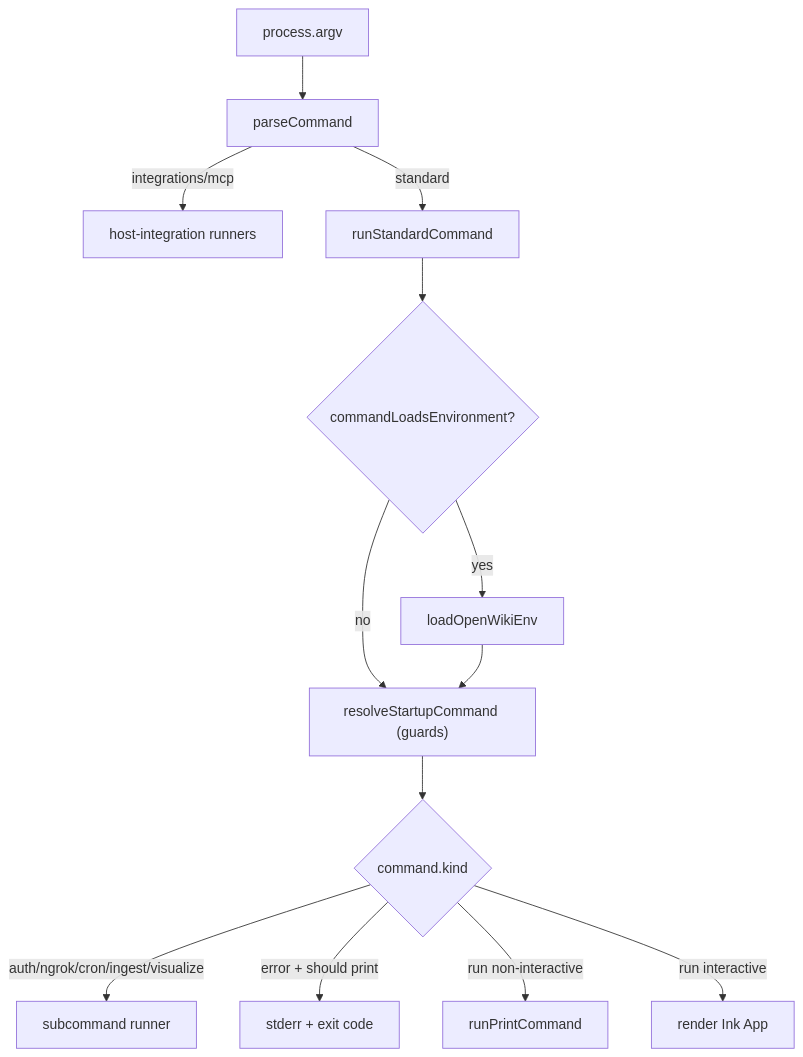
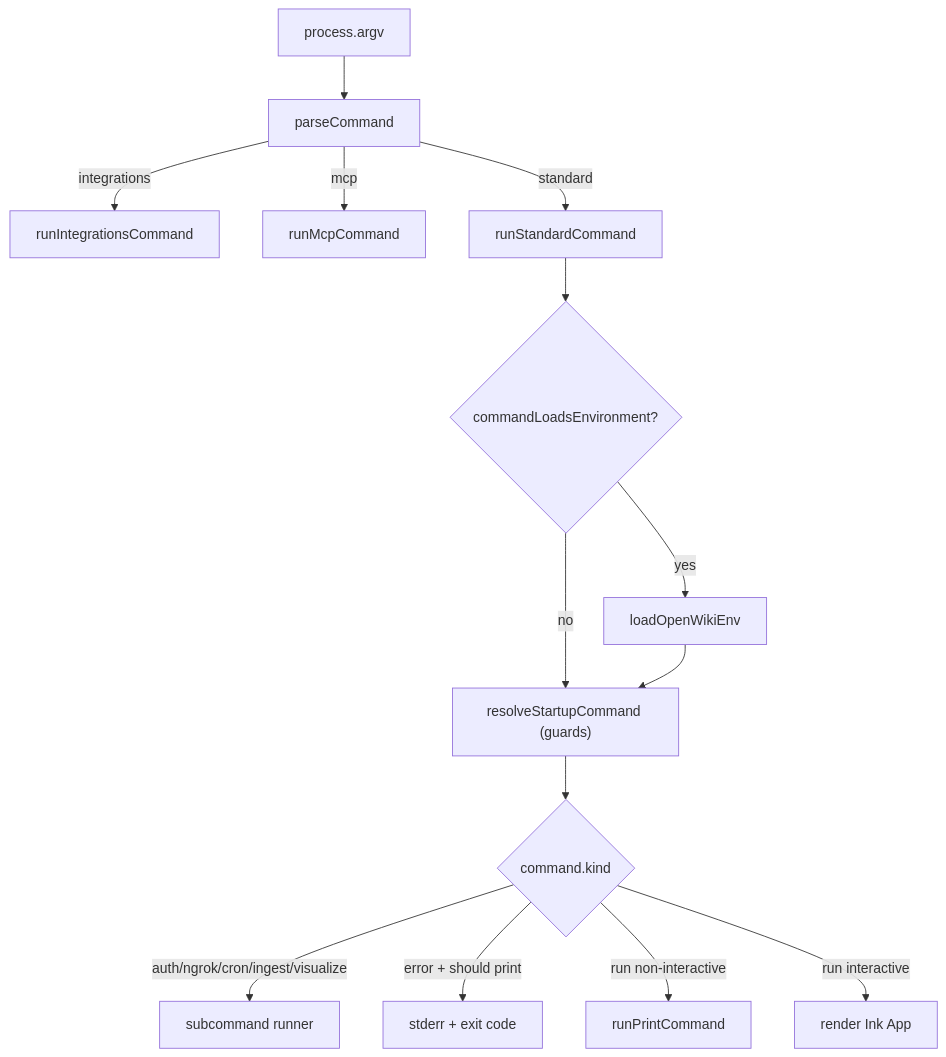
Before and after one commit to langchain-ai/openwiki: the diagram in openwiki/cli/overview.md, drawn with Mermaid. The commit also changed other lines of this file and 68 other files, not shown here.

````diff
--- a/openwiki/cli/overview.md
+++ b/openwiki/cli/overview.md
@@ -29,15 +33,16 @@
 ```mermaid
 flowchart TD
     Argv["process.argv"] --> Parse["parseCommand"]
-    Parse -->|integrations/mcp| Host["host-integration runners"]
+    Parse -->|integrations| HostI["runIntegrationsCommand"]
+    Parse -->|mcp| HostM["runMcpCommand"]
     Parse -->|standard| Std["runStandardCommand"]
     Std --> Env{"commandLoadsEnvironment?"}
     Env -->|yes| Load["loadOpenWikiEnv"]
     Env -->|no| Resolve
     Load --> Resolve["resolveStartupCommand (guards)"]
     Resolve --> Kind{"command.kind"}
     Kind -->|auth/ngrok/cron/ingest/visualize| Runner["subcommand runner"]
     Kind -->|error + should print| Err["stderr + exit code"]
     Kind -->|run non-interactive| Print["runPrintCommand"]
     Kind -->|run interactive| App["render Ink App"]
 ```
````
